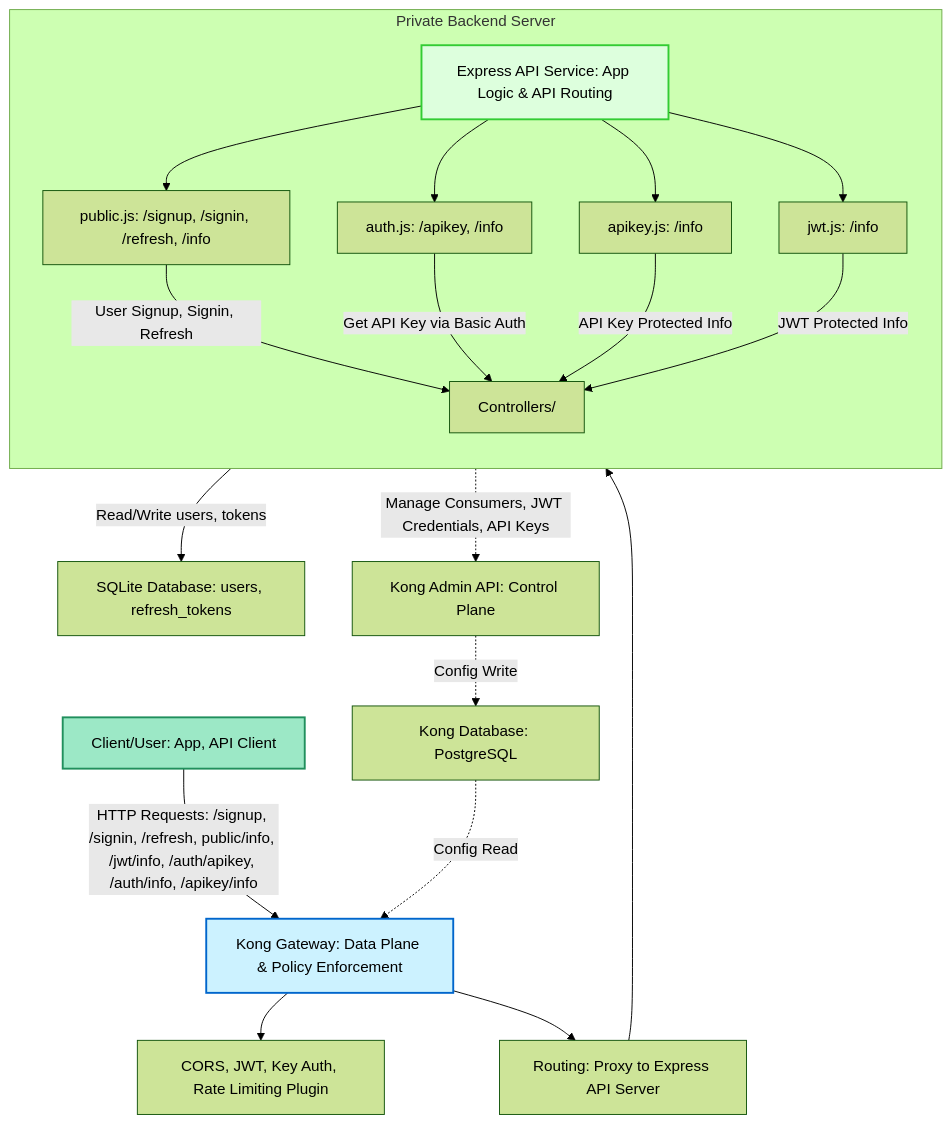
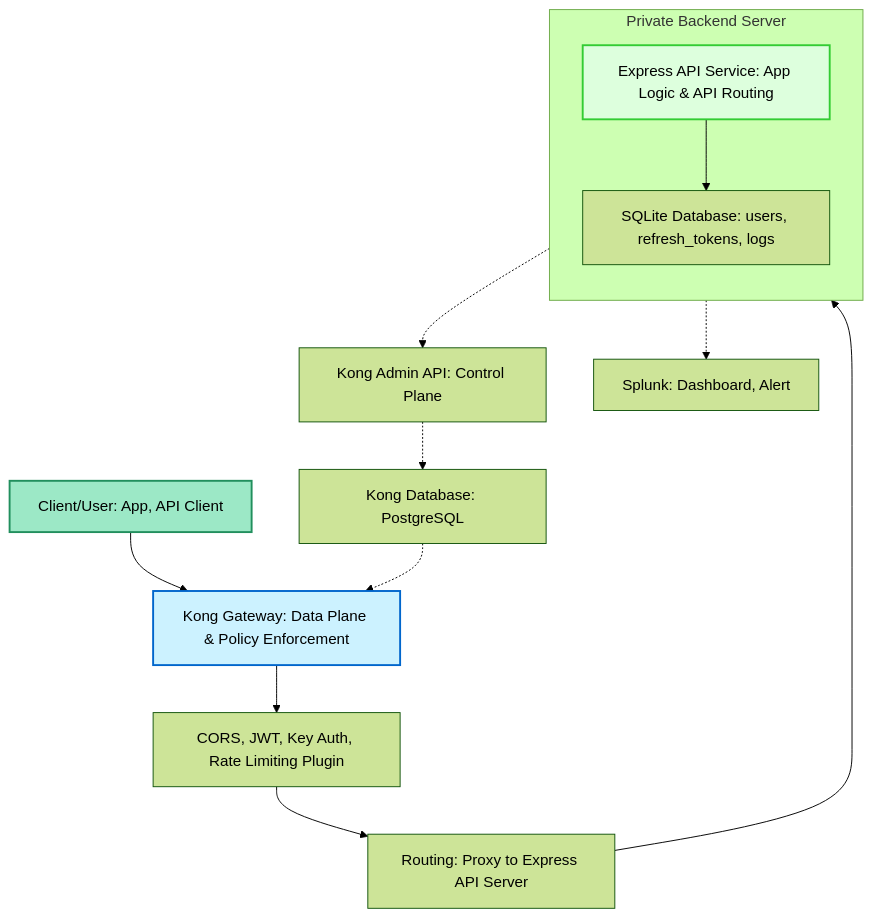
Before and after one commit to Neit272/API-Security-with-API-Gateway-Management: the diagram in asset/AppArch.md, drawn with Mermaid (forest theme). The commit also changed 5 other files, not shown here.

Commit message:
Send logs to splunk

````diff
--- a/asset/AppArch.md
+++ b/asset/AppArch.md
@@ -1,65 +1,52 @@
 ```mermaid
 flowchart TD
     style A fill:#9CE8C6,stroke:#218F5D,stroke-width:2px
     style B fill:#ccf2ff,stroke:#0066cc,stroke-width:2px
     style C fill:#ddffdd,stroke:#33cc33,stroke-width:2px
 
     A[Client/User: App, API Client]
 
     %% Kong Gateway Layer (Data Plane)
     B[Kong Gateway: Data Plane & Policy Enforcement]
     Bsub1[CORS, JWT, Key Auth, Rate Limiting Plugin]
     Bsub2[Routing: Proxy to Express API Server]
 
     %% Express API Server Layer
     subgraph ServerLayer [Private Backend Server]
         direction TB
         C[Express API Service: App Logic & API Routing]
-        C1[public.js: /signup, /signin, /refresh, /info]
-        C2[auth.js: /apikey, /info]
-        C3[apikey.js: /info]
-        C4[jwt.js: /info]
-        C5[Controllers/]
+        D[SQLite Database: users, refresh_tokens, logs]
     end
 
     %% Data Store
-    D[SQLite Database: users, refresh_tokens]
+
 
     %% Kong Admin API & DB (Control Plane)
     E[Kong Admin API: Control Plane]
     F[Kong Database: PostgreSQL]
+    G[Splunk: Dashboard, Alert]
 
     %% Connections: Client to Kong Gateway
-    A -->|HTTP Requests: /signup, /signin, /refresh, public/info, /jwt/info, /auth/apikey, /auth/info, /apikey/info| B
+    A --> B
 
     %% Kong Gateway Plugins
     B --> Bsub1
-    B --> Bsub2
+    Bsub1 --> Bsub2
 
     %% Routing to Express API Server
     Bsub2 --> ServerLayer
 
-    %% Express API Server Routes
-    C --> C1
-    C --> C2
-    C --> C3
-    C --> C4
-
-    %% Controllers Handle Logic
-    C1 -->|User Signup, Signin, Refresh| C5
-    C2 -->|Get API Key via Basic Auth| C5
-    C3 -->|API Key Protected Info| C5
-    C4 -->|JWT Protected Info| C5
-
     %% Database Interactions
-    C5 -->|Read/Write users, tokens| D
+    C --> D
 
     %% Control Plane: API Server Configures Kong via Admin API
-    C5 -.->|Manage Consumers, JWT Credentials, API Keys| E
+    C -.-> E
 
     %% Kong Admin API Writes Config to Kong Database
-    E -.->|Config Write| F
+    E -.-> F
 
     %% Kong Gateway Reads Config from Kong Database
-    F -.->|Config Read| B
+    F -.-> B
+
+    D -.-> G
 ```
````
